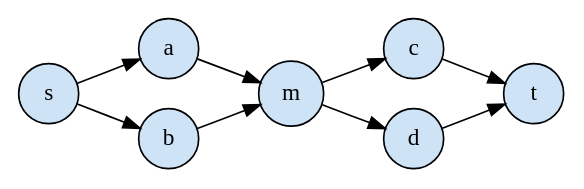
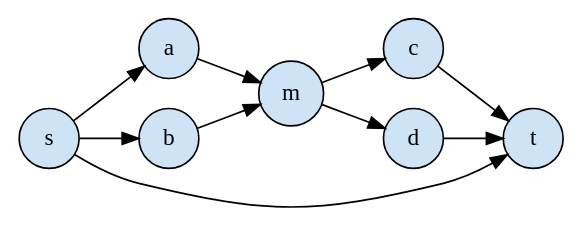
One commit to NafisehJ/diploidgraph changed the diagram in examples/out/03_two_bubbles_input.dot. Above: the diagram before and after it, drawn with Graphviz. The commit also changed 11 other files, not shown here.

```diff
--- a/examples/out/03_two_bubbles_input.dot
+++ b/examples/out/03_two_bubbles_input.dot
@@ -1,19 +1,20 @@
 digraph G {
   rankdir=LR;
   node [shape=circle, style=filled, fillcolor="#cfe3f7"];
   "s";
   "a";
   "b";
   "m";
   "c";
   "d";
   "t";
   "a" -> "m";
   "b" -> "m";
   "c" -> "t";
   "d" -> "t";
   "m" -> "c";
   "m" -> "d";
   "s" -> "a";
   "s" -> "b";
+  "s" -> "t";
 }
```
